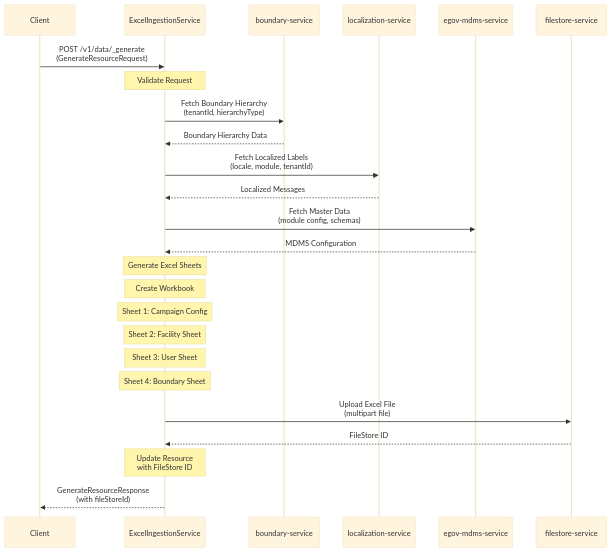
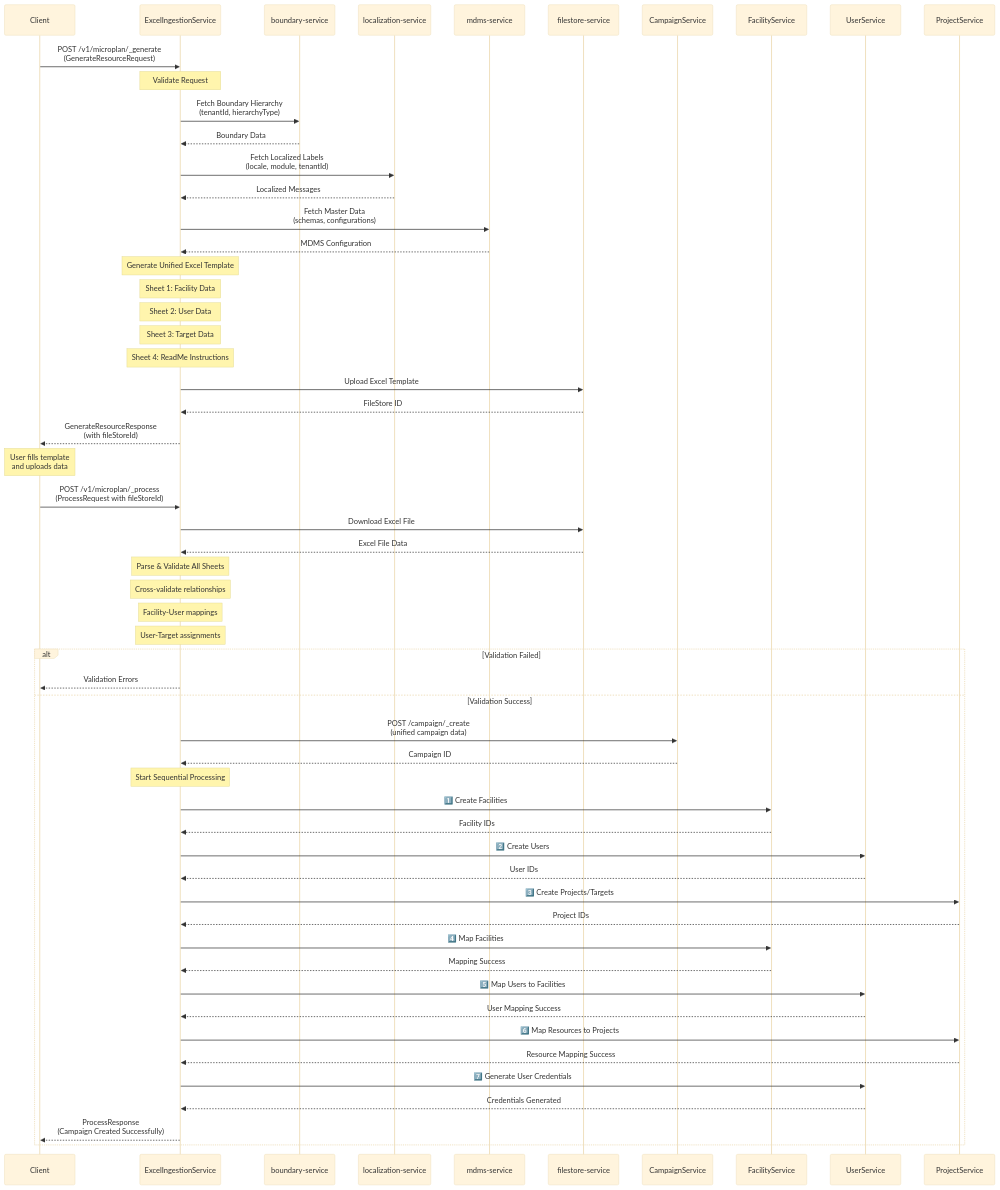
Before and after one commit to ashish-egov/campaign-whole-sheet-ingestion: the diagram in DESIGN.md, drawn with Mermaid (base theme). The commit also changed other lines of this file, not shown here.

````diff
--- a/DESIGN.md
+++ b/DESIGN.md
@@ -5,36 +42,81 @@
 ```mermaid
 sequenceDiagram
     participant Client
     participant ExcelIngestionService
     participant boundary-service
     participant localization-service
-    participant egov-mdms-service
+    participant mdms-service
     participant filestore-service
+    participant CampaignService
+    participant FacilityService
+    participant UserService
+    participant ProjectService
     
-    Client->>ExcelIngestionService: POST /v1/data/_generate<br/>(GenerateResourceRequest)
+    Client->>ExcelIngestionService: POST /v1/microplan/_generate<br/>(GenerateResourceRequest)
     
     Note over ExcelIngestionService: Validate Request
     
     ExcelIngestionService->>boundary-service: Fetch Boundary Hierarchy<br/>(tenantId, hierarchyType)
-    boundary-service-->>ExcelIngestionService: Boundary Hierarchy Data
+    boundary-service-->>ExcelIngestionService: Boundary Data
     
     ExcelIngestionService->>localization-service: Fetch Localized Labels<br/>(locale, module, tenantId)
     localization-service-->>ExcelIngestionService: Localized Messages
     
-    ExcelIngestionService->>egov-mdms-service: Fetch Master Data<br/>(module config, schemas)
-    egov-mdms-service-->>ExcelIngestionService: MDMS Configuration
+    ExcelIngestionService->>mdms-service: Fetch Master Data<br/>(schemas, configurations)
+    mdms-service-->>ExcelIngestionService: MDMS Configuration
     
-    Note over ExcelIngestionService: Generate Excel Sheets
-    Note over ExcelIngestionService: Create Workbook
-    Note over ExcelIngestionService: Sheet 1: Campaign Config
-    Note over ExcelIngestionService: Sheet 2: Facility Sheet
-    Note over ExcelIngestionService: Sheet 3: User Sheet
-    Note over ExcelIngestionService: Sheet 4: Boundary Sheet
+    Note over ExcelIngestionService: Generate Unified Excel Template
+    Note over ExcelIngestionService: Sheet 1: Facility Data
+    Note over ExcelIngestionService: Sheet 2: User Data  
+    Note over ExcelIngestionService: Sheet 3: Target Data
+    Note over ExcelIngestionService: Sheet 4: ReadMe Instructions
     
-    ExcelIngestionService->>filestore-service: Upload Excel File<br/>(multipart file)
+    ExcelIngestionService->>filestore-service: Upload Excel Template
     filestore-service-->>ExcelIngestionService: FileStore ID
     
-    Note over ExcelIngestionService: Update Resource<br/>with FileStore ID
+    ExcelIngestionService-->>Client: GenerateResourceResponse<br/>(with fileStoreId)
     
-    ExcelIngestionService-->>Client: GenerateResourceResponse<br/>(with fileStoreId)
+    Note over Client: User fills template<br/>and uploads data
+    
+    Client->>ExcelIngestionService: POST /v1/microplan/_process<br/>(ProcessRequest with fileStoreId)
+    
+    ExcelIngestionService->>filestore-service: Download Excel File
+    filestore-service-->>ExcelIngestionService: Excel File Data
+    
+    Note over ExcelIngestionService: Parse & Validate All Sheets
+    Note over ExcelIngestionService: Cross-validate relationships
+    Note over ExcelIngestionService: Facility-User mappings
+    Note over ExcelIngestionService: User-Target assignments
+    
+    alt Validation Failed
+        ExcelIngestionService-->>Client: Validation Errors
+    else Validation Success
+        ExcelIngestionService->>CampaignService: POST /campaign/_create<br/>(unified campaign data)
+        CampaignService-->>ExcelIngestionService: Campaign ID
+        
+        Note over ExcelIngestionService: Start Sequential Processing
+        
+        ExcelIngestionService->>FacilityService: 1️⃣ Create Facilities
+        FacilityService-->>ExcelIngestionService: Facility IDs
+        
+        ExcelIngestionService->>UserService: 2️⃣ Create Users
+        UserService-->>ExcelIngestionService: User IDs
+        
+        ExcelIngestionService->>ProjectService: 3️⃣ Create Projects/Targets
+        ProjectService-->>ExcelIngestionService: Project IDs
+        
+        ExcelIngestionService->>FacilityService: 4️⃣ Map Facilities
+        FacilityService-->>ExcelIngestionService: Mapping Success
+        
+        ExcelIngestionService->>UserService: 5️⃣ Map Users to Facilities
+        UserService-->>ExcelIngestionService: User Mapping Success
+        
+        ExcelIngestionService->>ProjectService: 6️⃣ Map Resources to Projects
+        ProjectService-->>ExcelIngestionService: Resource Mapping Success
+        
+        ExcelIngestionService->>UserService: 7️⃣ Generate User Credentials
+        UserService-->>ExcelIngestionService: Credentials Generated
+        
+        ExcelIngestionService-->>Client: ProcessResponse<br/>(Campaign Created Successfully)
+    end
 ```
````
